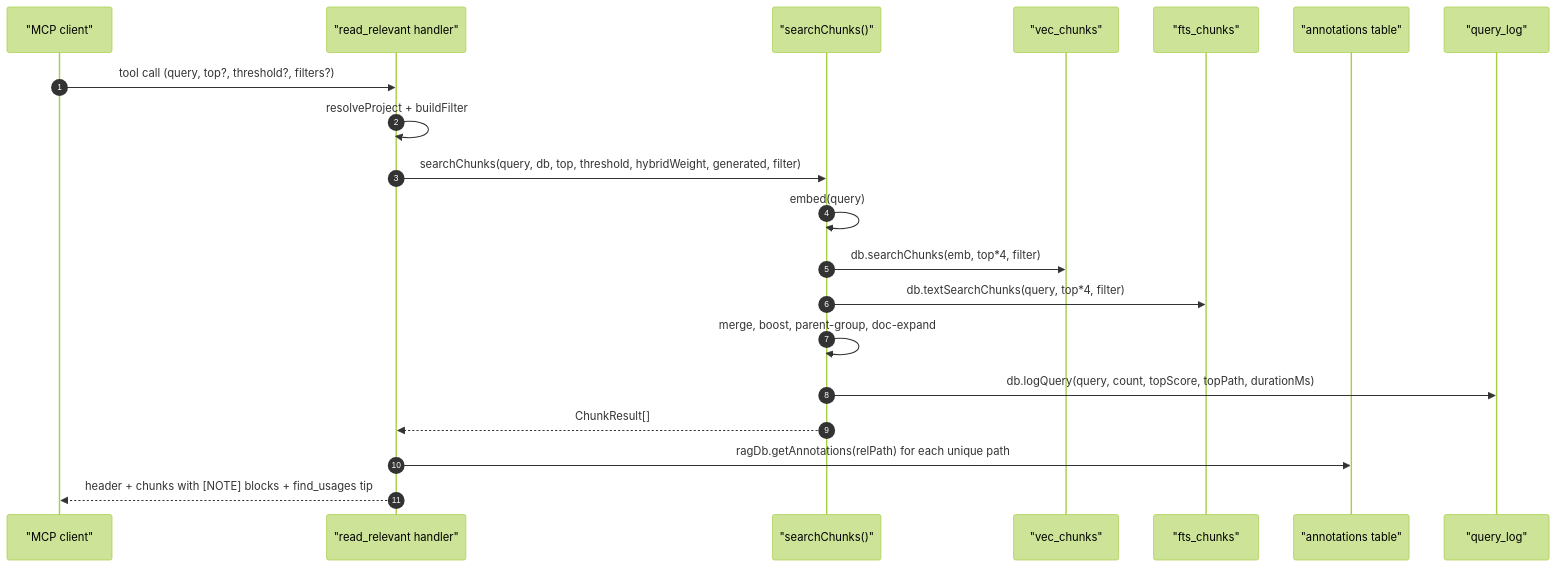
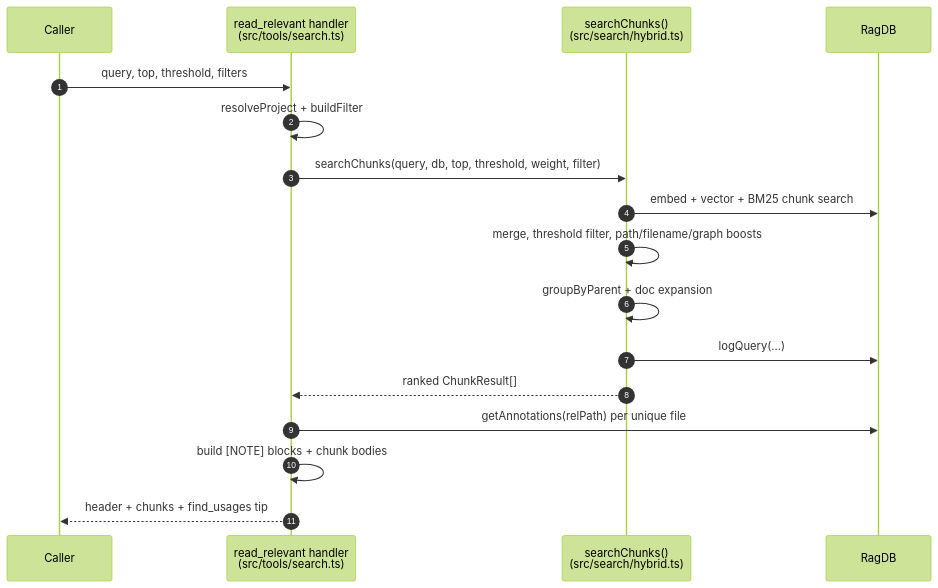
Before and after one commit to TheWinci/mimirs: the diagram in wiki/tools/read-relevant.md, drawn with Mermaid (forest theme). The commit also changed other lines of this file and 52 other files, not shown here.

````diff
--- a/wiki/tools/read-relevant.md
+++ b/wiki/tools/read-relevant.md
@@ -16,23 +48,19 @@
 ```mermaid
 sequenceDiagram
-    autonumber
-    participant Client as "MCP client"
-    participant Handler as "read_relevant handler"
-    participant Hybrid as "searchChunks()"
-    participant Vec as "vec_chunks"
-    participant Fts as "fts_chunks"
-    participant Ann as "annotations table"
-    participant Log as "query_log"
-
-    Client->>Handler: tool call (query, top?, threshold?, filters?)
-    Handler->>Handler: resolveProject + buildFilter
-    Handler->>Hybrid: searchChunks(query, db, top, threshold, hybridWeight, generated, filter)
-    Hybrid->>Hybrid: embed(query)
-    Hybrid->>Vec: db.searchChunks(emb, top*4, filter)
-    Hybrid->>Fts: db.textSearchChunks(query, top*4, filter)
-    Hybrid->>Hybrid: merge, boost, parent-group, doc-expand
-    Hybrid->>Log: db.logQuery(query, count, topScore, topPath, durationMs)
-    Hybrid-->>Handler: ChunkResult[]
-    Handler->>Ann: ragDb.getAnnotations(relPath) for each unique path
-    Handler-->>Client: header + chunks with [NOTE] blocks + find_usages tip
+  autonumber
+  participant Caller
+  participant Handler as read_relevant handler<br>(src/tools/search.ts)
+  participant Svc as searchChunks()<br>(src/search/hybrid.ts)
+  participant DB as RagDB
+  Caller->>Handler: query, top, threshold, filters
+  Handler->>Handler: resolveProject + buildFilter
+  Handler->>Svc: searchChunks(query, db, top, threshold, weight, filter)
+  Svc->>DB: embed + vector + BM25 chunk search
+  Svc->>Svc: merge, threshold filter, path/filename/graph boosts
+  Svc->>Svc: groupByParent + doc expansion
+  Svc->>DB: logQuery(...)
+  Svc-->>Handler: ranked ChunkResult[]
+  Handler->>DB: getAnnotations(relPath) per unique file
+  Handler->>Handler: build [NOTE] blocks + chunk bodies
+  Handler-->>Caller: header + chunks + find_usages tip
 ```
````
